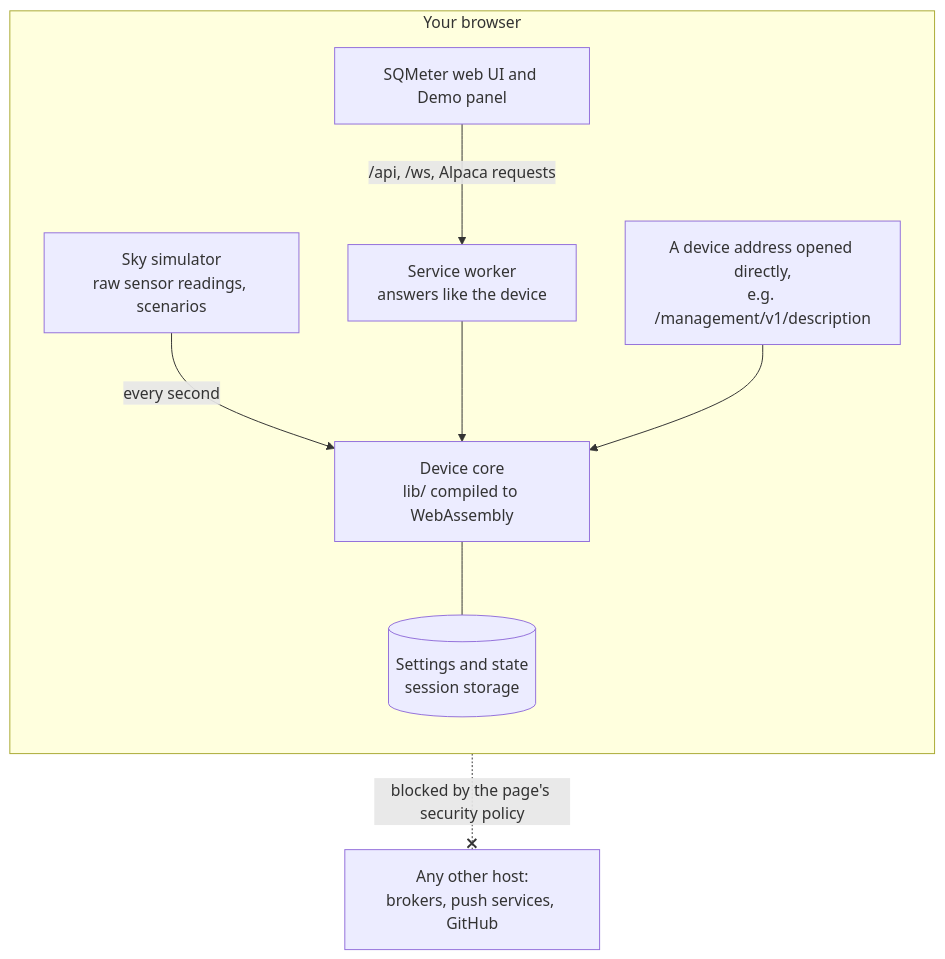
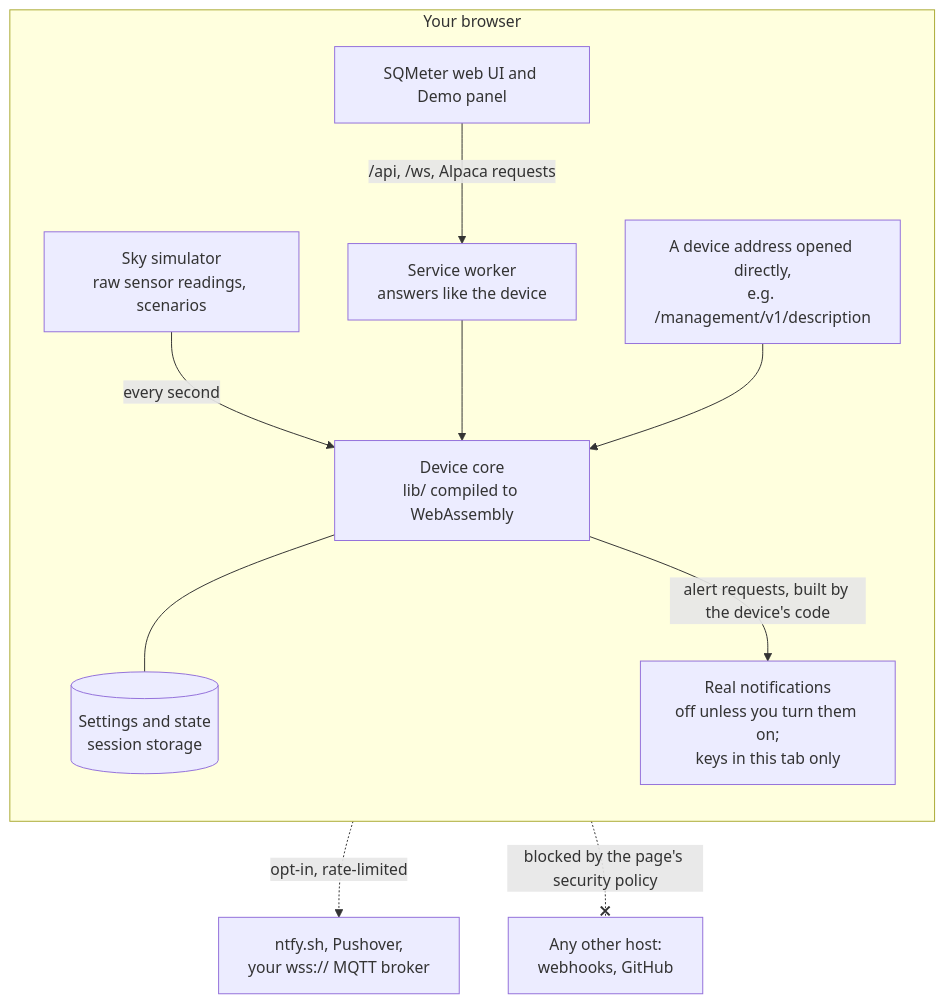
Before and after one commit to DeanJ87/SQMeter: the diagram in docs/live-demo.md, drawn with Mermaid. The commit also changed other lines of this file and 25 other files, not shown here.

First line of the commit message:
feat(018): demo tour and opt-in real notifications

````diff
--- a/docs/live-demo.md
+++ b/docs/live-demo.md
@@ -74,14 +98,16 @@
 ```mermaid
 flowchart TB
     accTitle: How the demo works
-    accDescr: Everything runs in your browser. The sky simulator invents raw sensor readings and feeds the device core, the firmware's own logic compiled to WebAssembly, once a second. A service worker answers the web UI's requests from that core, and device addresses opened directly are answered the same way. The page's security policy blocks every other host.
+    accDescr: Everything runs in your browser. The sky simulator invents raw sensor readings and feeds the device core, the firmware's own logic compiled to WebAssembly, once a second. A service worker answers the web UI's requests from that core, and device addresses opened directly are answered the same way. Only if you turn on real notifications does the browser send the core's alert requests to ntfy.sh, Pushover or your secure WebSocket broker; the page's security policy blocks every other host.
     subgraph browser["Your browser"]
         direction TB
         SIM["Sky simulator<br/>raw sensor readings, scenarios"] -->|every second| CORE["Device core<br/>lib/ compiled to WebAssembly"]
         CORE --- STORE[("Settings and state<br/>session storage")]
         UI["SQMeter web UI and Demo panel"] -->|"/api, /ws, Alpaca requests"| SW["Service worker<br/>answers like the device"]
         SW --> CORE
         DIRECT["A device address opened directly,<br/>e.g. /management/v1/description"] --> CORE
+        CORE -->|"alert requests, built by the device's code"| REAL["Real notifications<br/>off unless you turn them on;<br/>keys in this tab only"]
     end
-    browser -.-x|blocked by the page's security policy| OUTSIDE["Any other host:<br/>brokers, push services, GitHub"]
+    REAL -.->|opt-in, rate-limited| SERVICES["ntfy.sh, Pushover,<br/>your wss:// MQTT broker"]
+    browser -.-x|blocked by the page's security policy| OUTSIDE["Any other host:<br/>webhooks, GitHub"]
 ```
````
